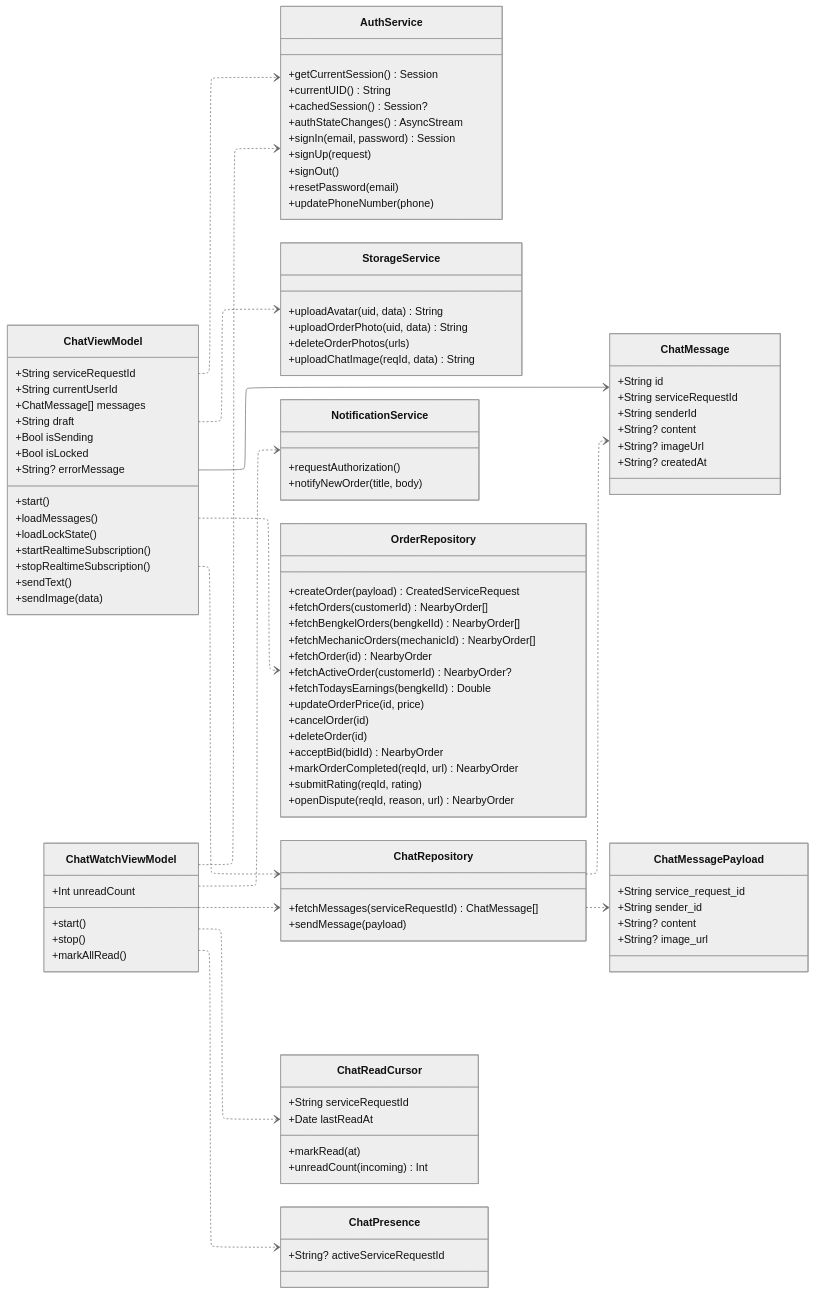
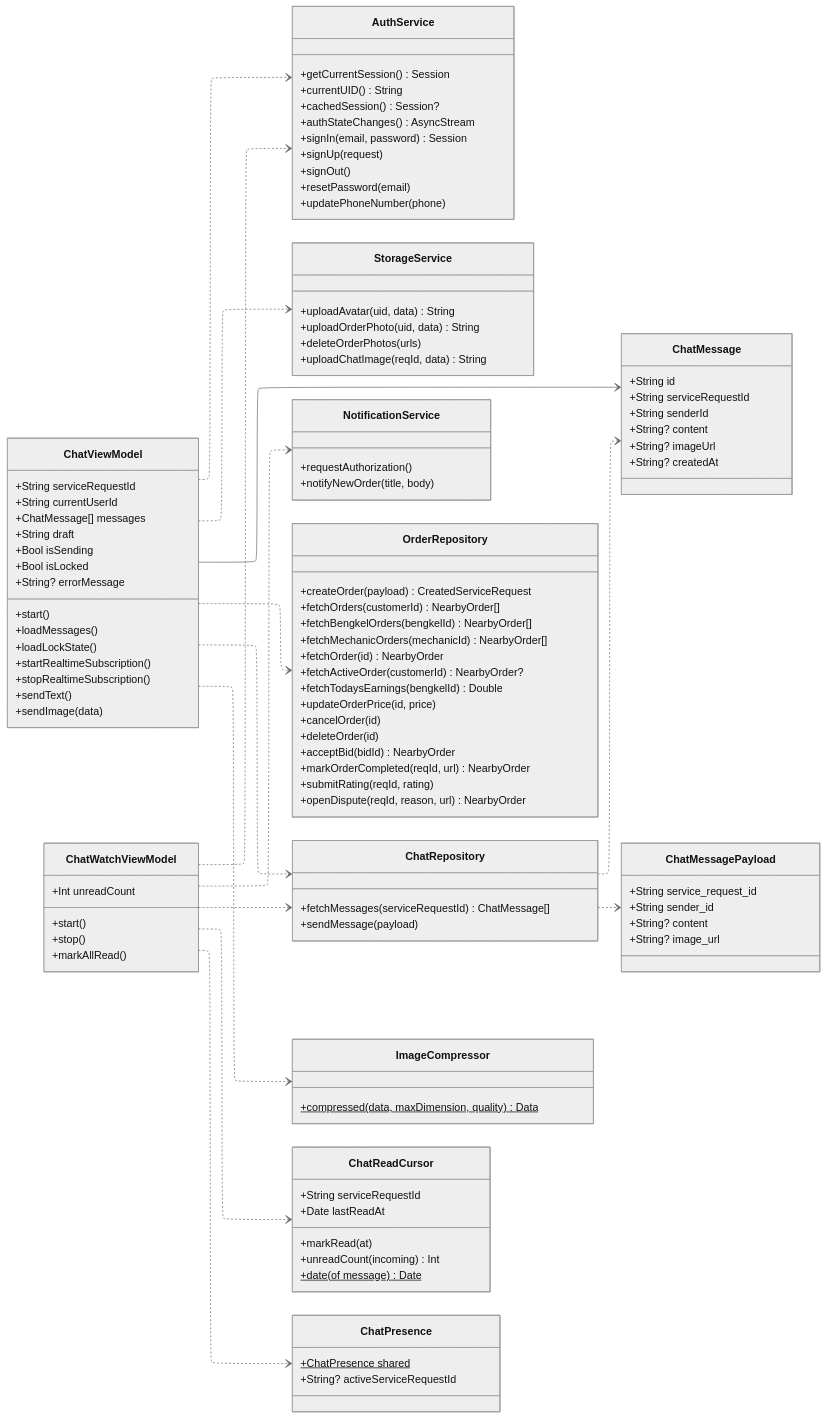
The seventh of 12 diagrams in diagram/feature-class-diagrams.md (rei-soemanto/BengkelIn_SE), drawn with Mermaid (neutral theme) before and after one commit. The commit also changed other lines of this file and 9 other files, not shown here.

Commit message:
feature-class-diagram update

```diff
--- a/diagram/feature-class-diagrams.md
+++ b/diagram/feature-class-diagrams.md
@@ -1097,13 +1115,18 @@
         +stop()
         +markAllRead()
     }
+    class ImageCompressor {
+        +compressed(data, maxDimension, quality) Data$
+    }
     class ChatReadCursor {
         +String serviceRequestId
         +Date lastReadAt
         +markRead(at)
         +unreadCount(incoming) Int
+        +date(of message) Date$
     }
     class ChatPresence {
+        +ChatPresence shared$
         +String? activeServiceRequestId
     }
     class ChatMessage {
@@ -1124,6 +1147,7 @@
     ChatViewModel ..> ChatRepository
     ChatViewModel ..> OrderRepository
     ChatViewModel ..> StorageService
+    ChatViewModel ..> ImageCompressor
     ChatViewModel ..> AuthService
     ChatViewModel --> ChatMessage
     ChatWatchViewModel ..> ChatRepository
```
